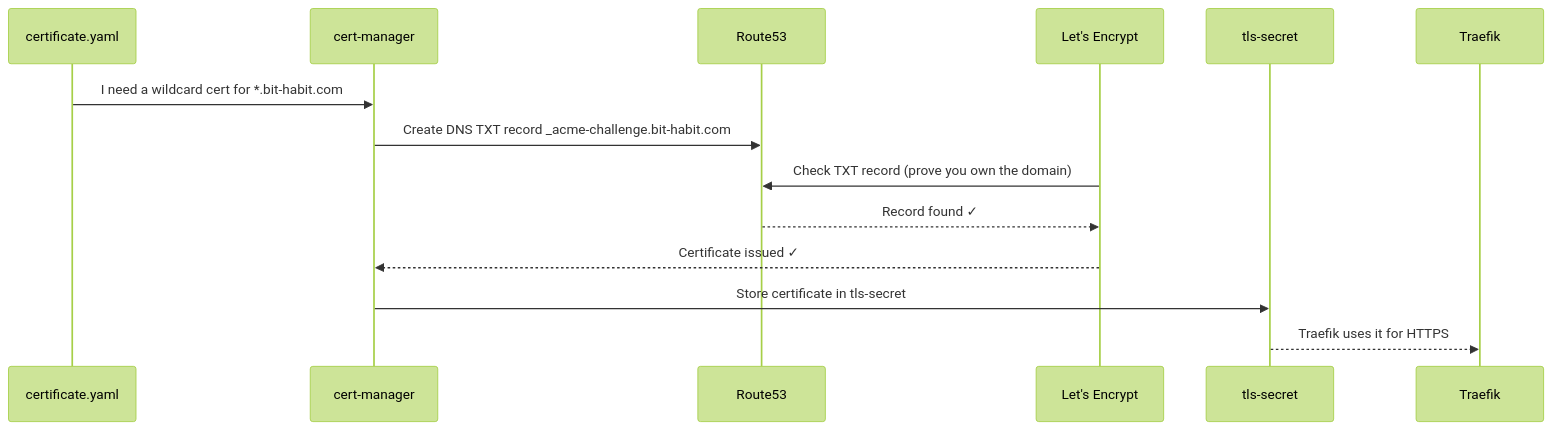
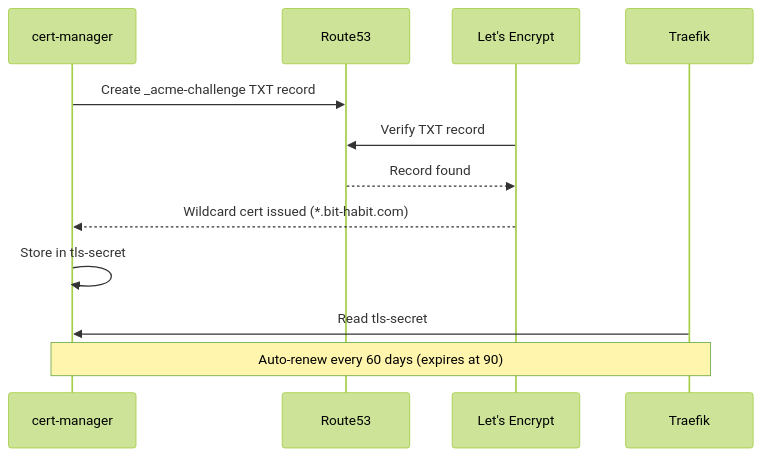
One commit to bookseal/bit-habit-infra changed the fifth of 9 diagrams in README.md. Above: the diagram before and after it, drawn with Mermaid (forest theme). The commit also changed other lines of this file and 1 other file, not shown here.

````diff
--- a/README.md
+++ b/README.md
@@ -500,17 +127,15 @@
 ```mermaid
 sequenceDiagram
-    participant You as certificate.yaml
     participant CM as cert-manager
     participant R53 as Route53
     participant LE as Let's Encrypt
-    participant Secret as tls-secret
     participant T as Traefik
 
-    You->>CM: I need a wildcard cert for *.bit-habit.com
-    CM->>R53: Create DNS TXT record _acme-challenge.bit-habit.com
-    LE->>R53: Check TXT record (prove you own the domain)
-    R53-->>LE: Record found ✓
-    LE-->>CM: Certificate issued ✓
-    CM->>Secret: Store certificate in tls-secret
-    Secret-->>T: Traefik uses it for HTTPS
+    CM->>R53: Create _acme-challenge TXT record
+    LE->>R53: Verify TXT record
+    R53-->>LE: Record found
+    LE-->>CM: Wildcard cert issued (*.bit-habit.com)
+    CM->>CM: Store in tls-secret
+    T->>CM: Read tls-secret
+    Note over CM,T: Auto-renew every 60 days (expires at 90)
 ```
````
